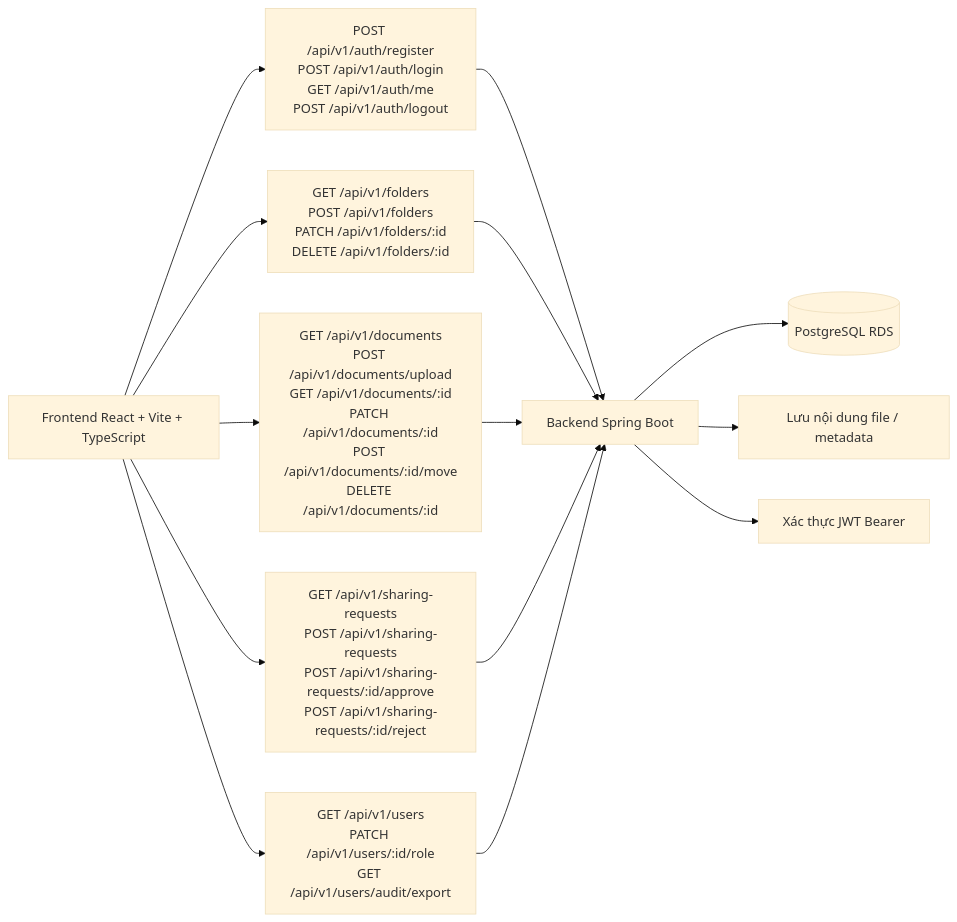
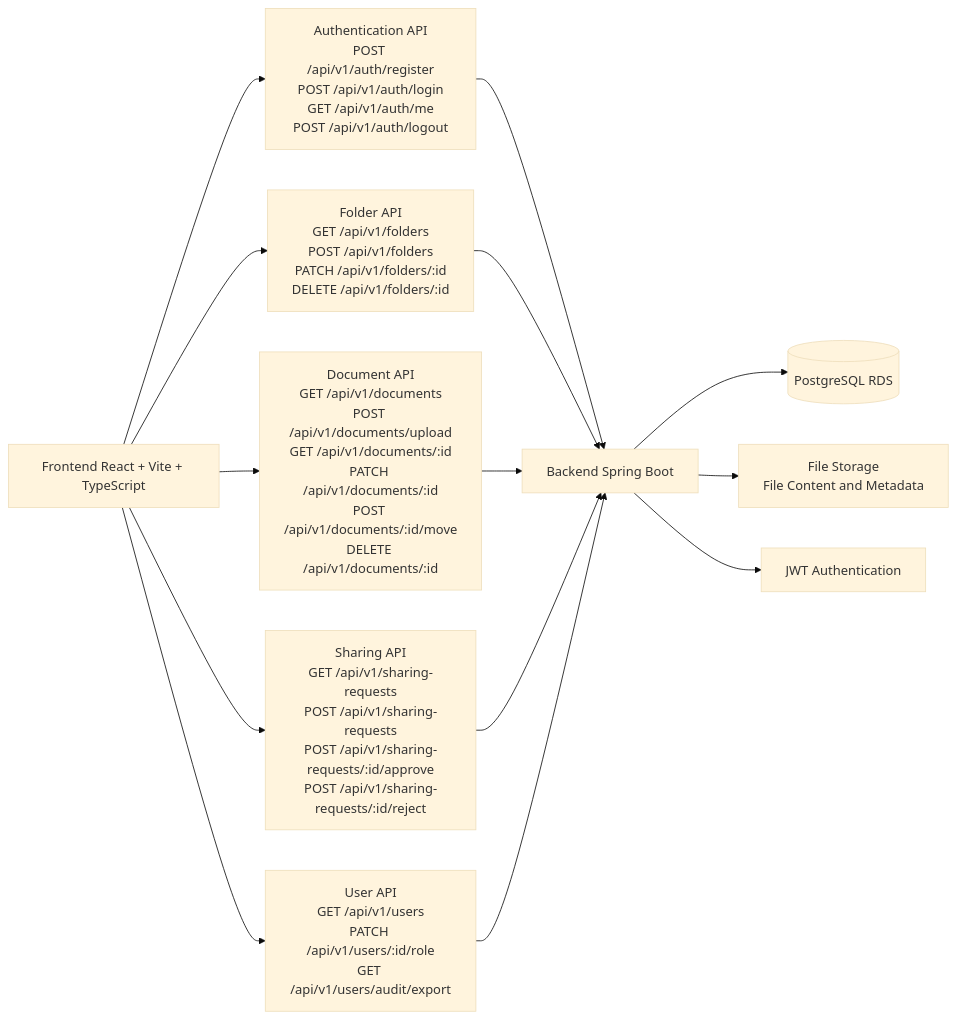
One commit to DuyKhoiCoder30062004/remix-of-remix-of-doc-keeper changed the fifth of 5 diagrams in DIAGRAMS.md. Above: the diagram before and after it, drawn with Mermaid (base theme). The commit also changed other lines of this file, not shown here.

````diff
--- a/DIAGRAMS.md
+++ b/DIAGRAMS.md
@@ -480,18 +413,36 @@
 ```mermaid
 flowchart LR
-    Frontend[Frontend React + Vite + TypeScript] --> AuthAPI[POST /api/v1/auth/register\nPOST /api/v1/auth/login\nGET /api/v1/auth/me\nPOST /api/v1/auth/logout]
-    Frontend --> FolderAPI[GET /api/v1/folders\nPOST /api/v1/folders\nPATCH /api/v1/folders/:id\nDELETE /api/v1/folders/:id]
-    Frontend --> DocAPI[GET /api/v1/documents\nPOST /api/v1/documents/upload\nGET /api/v1/documents/:id\nPATCH /api/v1/documents/:id\nPOST /api/v1/documents/:id/move\nDELETE /api/v1/documents/:id]
-    Frontend --> ShareAPI[GET /api/v1/sharing-requests\nPOST /api/v1/sharing-requests\nPOST /api/v1/sharing-requests/:id/approve\nPOST /api/v1/sharing-requests/:id/reject]
-    Frontend --> UserAPI[GET /api/v1/users\nPATCH /api/v1/users/:id/role\nGET /api/v1/users/audit/export]
 
-    AuthAPI --> Backend[Backend Spring Boot]
+    Frontend["Frontend React + Vite + TypeScript"]
+
+    AuthAPI["Authentication API<br/>POST /api/v1/auth/register<br/>POST /api/v1/auth/login<br/>GET /api/v1/auth/me<br/>POST /api/v1/auth/logout"]
+
+    FolderAPI["Folder API<br/>GET /api/v1/folders<br/>POST /api/v1/folders<br/>PATCH /api/v1/folders/:id<br/>DELETE /api/v1/folders/:id"]
+
+    DocAPI["Document API<br/>GET /api/v1/documents<br/>POST /api/v1/documents/upload<br/>GET /api/v1/documents/:id<br/>PATCH /api/v1/documents/:id<br/>POST /api/v1/documents/:id/move<br/>DELETE /api/v1/documents/:id"]
+
+    ShareAPI["Sharing API<br/>GET /api/v1/sharing-requests<br/>POST /api/v1/sharing-requests<br/>POST /api/v1/sharing-requests/:id/approve<br/>POST /api/v1/sharing-requests/:id/reject"]
+
+    UserAPI["User API<br/>GET /api/v1/users<br/>PATCH /api/v1/users/:id/role<br/>GET /api/v1/users/audit/export"]
+
+    Backend["Backend Spring Boot"]
+    Database[("PostgreSQL RDS")]
+    FileStore["File Storage<br/>File Content and Metadata"]
+    JWT["JWT Authentication"]
+
+    Frontend --> AuthAPI
+    Frontend --> FolderAPI
+    Frontend --> DocAPI
+    Frontend --> ShareAPI
+    Frontend --> UserAPI
+
+    AuthAPI --> Backend
     FolderAPI --> Backend
     DocAPI --> Backend
     ShareAPI --> Backend
     UserAPI --> Backend
 
-    Backend --> Database[(PostgreSQL RDS)]
-    Backend --> FileStore[Lưu nội dung file / metadata]
-    Backend --> JWT[Xác thực JWT Bearer]
+    Backend --> Database
+    Backend --> FileStore
+    Backend --> JWT
 ```
````
